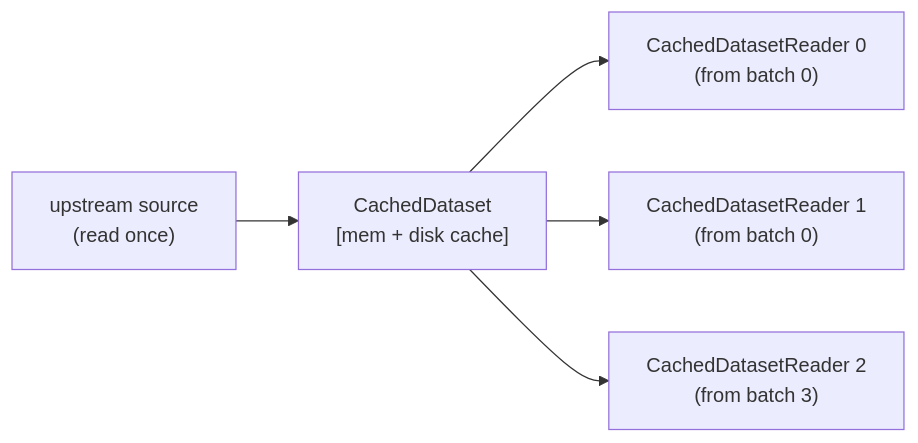
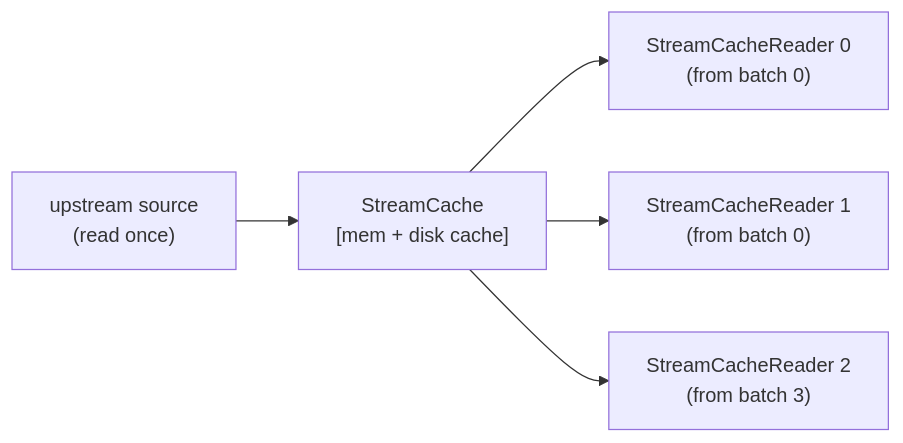
Before and after one commit to mesejo/batchcorder: the diagram in README.md, drawn with Mermaid. The commit also changed other lines of this file and 19 other files, not shown here.

````diff
--- a/README.md
+++ b/README.md
@@ -20,7 +20,7 @@
 ```mermaid
 flowchart LR
-    U["upstream source<br/>(read once)"] --> D["CachedDataset<br/>[mem + disk cache]"]
-    D --> R0["CachedDatasetReader 0<br/>(from batch 0)"]
-    D --> R1["CachedDatasetReader 1<br/>(from batch 0)"]
-    D --> R2["CachedDatasetReader 2<br/>(from batch 3)"]
+    U["upstream source<br/>(read once)"] --> D["StreamCache<br/>[mem + disk cache]"]
+    D --> R0["StreamCacheReader 0<br/>(from batch 0)"]
+    D --> R1["StreamCacheReader 1<br/>(from batch 0)"]
+    D --> R2["StreamCacheReader 2<br/>(from batch 3)"]
 ```
````
